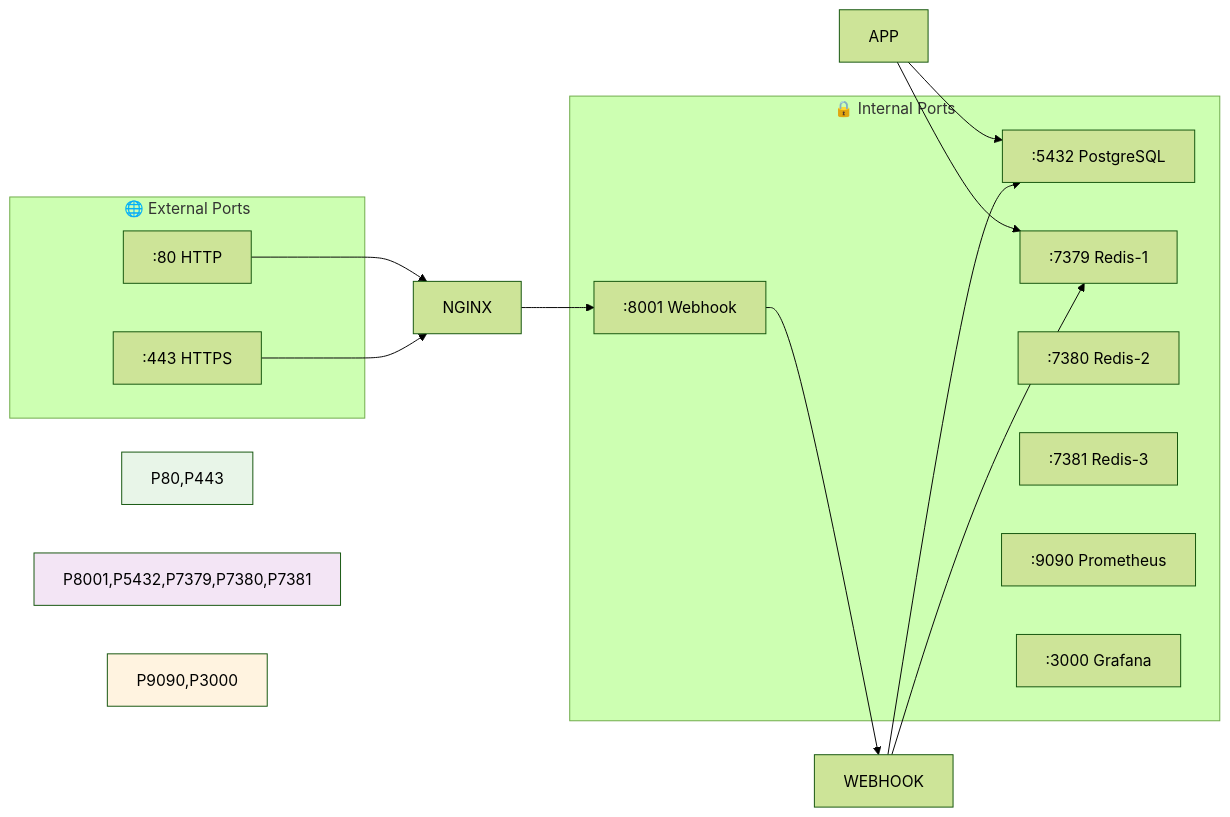
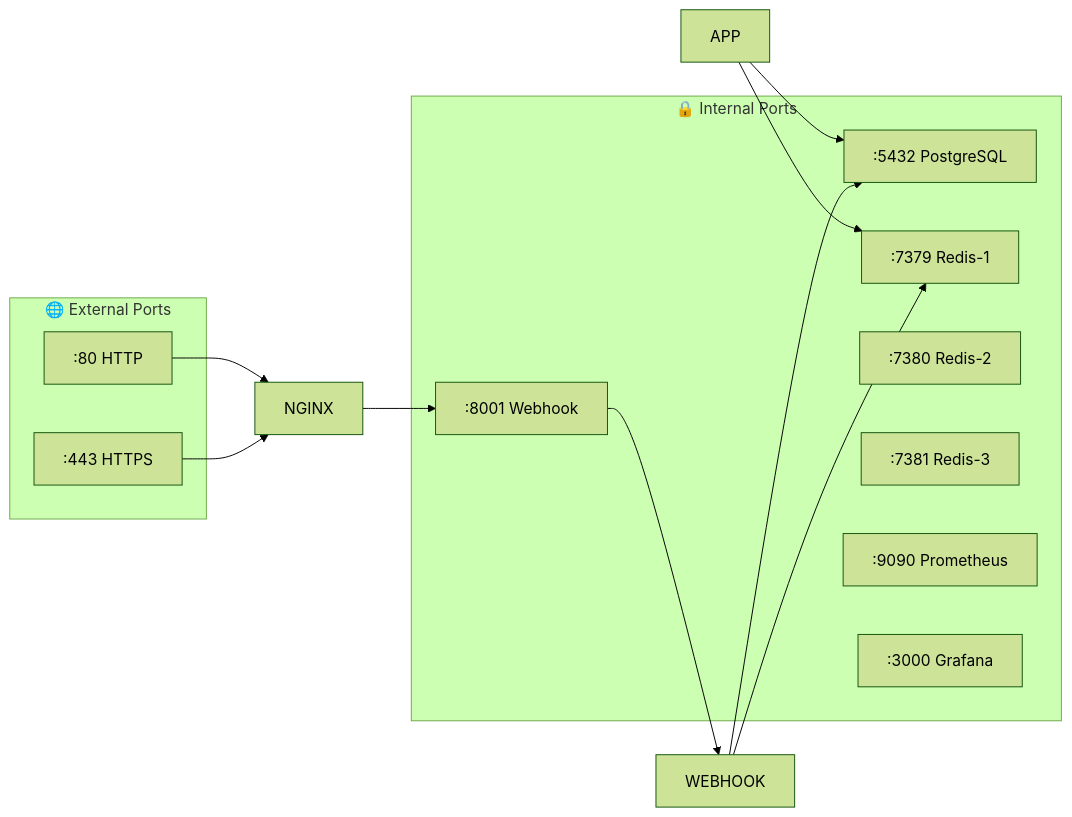
Before and after one commit to neKamita/Mirza-Telegram-Shop-Bot: the second of 10 diagrams in docs/DEPLOYMENT.md, drawn with Mermaid (forest theme). The commit also changed other lines of this file and 2 other files, not shown here.

````diff
--- a/docs/DEPLOYMENT.md
+++ b/docs/DEPLOYMENT.md
@@ -82,33 +77,30 @@
 ```mermaid
 graph LR
     subgraph "🌐 External Ports"
         P80[":80 HTTP"]
         P443[":443 HTTPS"]
     end
     
     subgraph "🔒 Internal Ports"
         P8001[":8001 Webhook"]
         P5432[":5432 PostgreSQL"]
         P7379[":7379 Redis-1"]
         P7380[":7380 Redis-2"]
         P7381[":7381 Redis-3"]
         P9090[":9090 Prometheus"]
         P3000[":3000 Grafana"]
     end
     
     P80 --> NGINX
     P443 --> NGINX
     
     NGINX --> P8001
     P8001 --> WEBHOOK
     
     APP --> P5432
     WEBHOOK --> P5432
     
     APP --> P7379
     WEBHOOK --> P7379
     
-    style P80,P443 fill:#e8f5e8
-    style P8001,P5432,P7379,P7380,P7381 fill:#f3e5f5
-    style P9090,P3000 fill:#fff3e0
 ```
````
